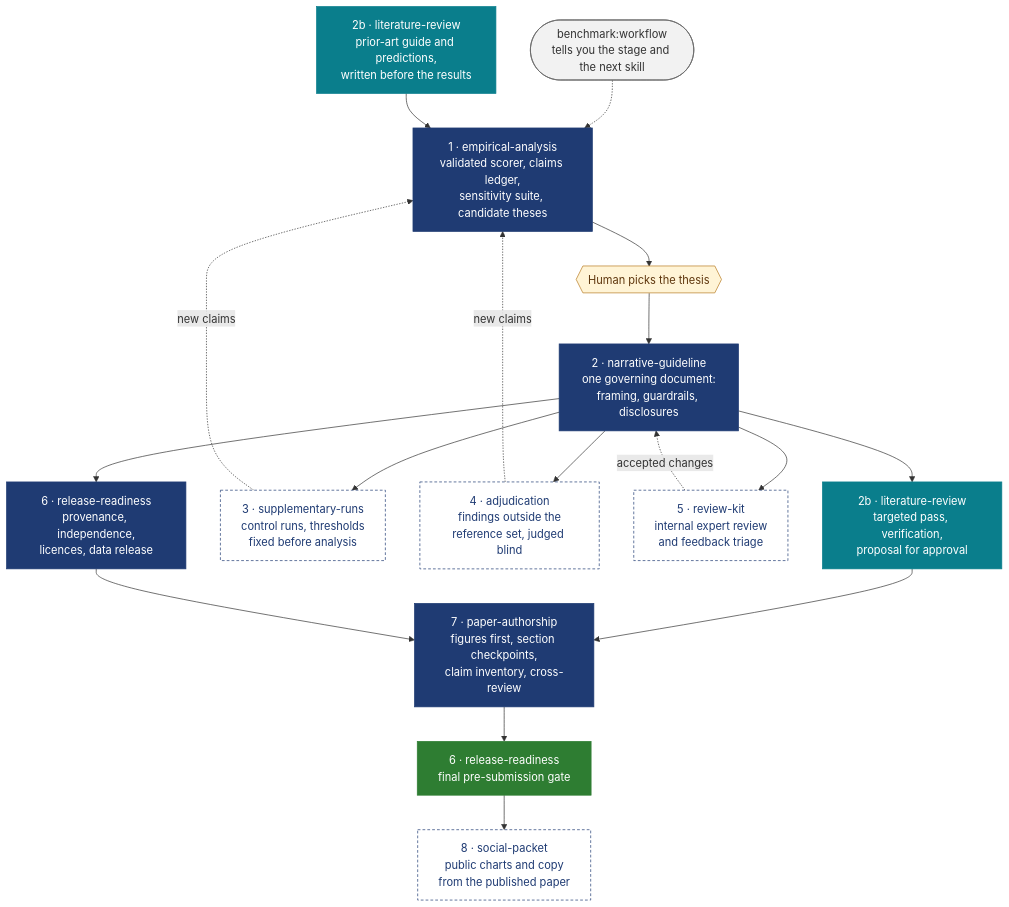
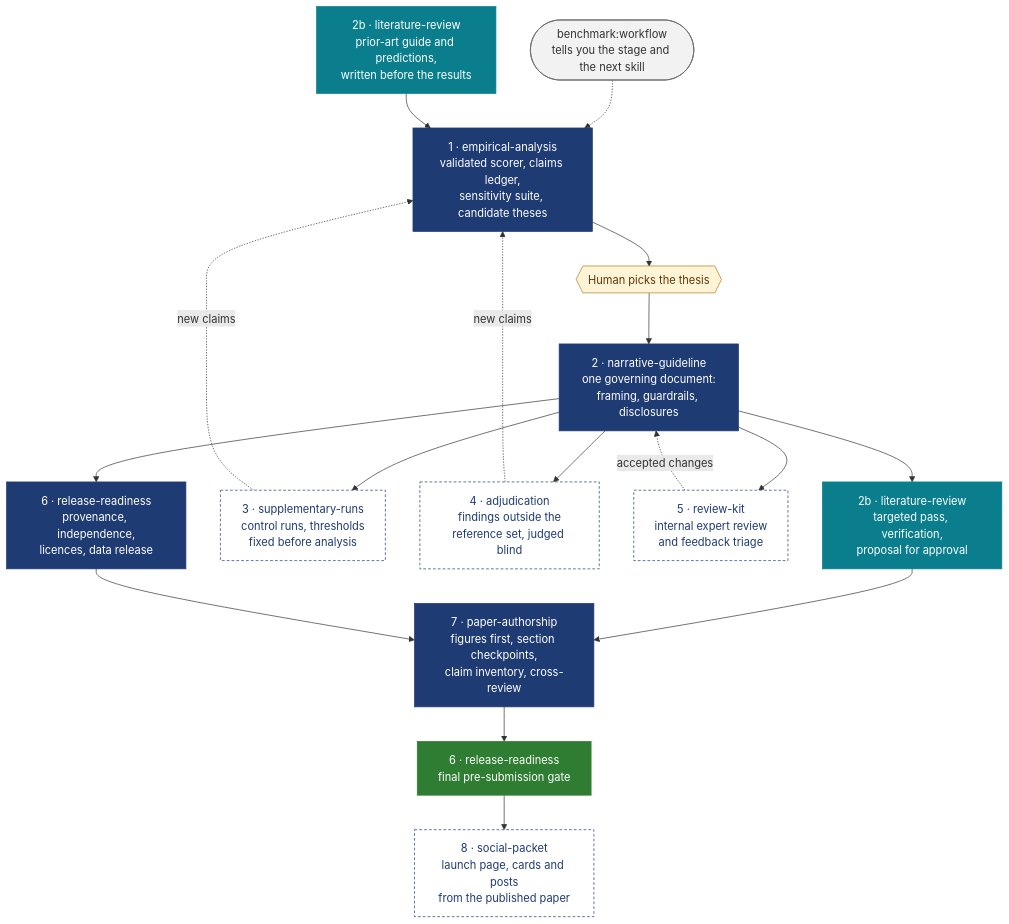
The diagram in README.md (snyk-labs/forward-research-skills), drawn with Mermaid before and after one commit. The commit also changed other lines of this file and 12 other files, not shown here.

First line of the commit message:
benchmark plugin v0.7.0: social-packet becomes a full launch-material skill

````diff
--- a/README.md
+++ b/README.md
@@ -36,37 +36,37 @@
 ```mermaid
 flowchart TD
     R(["benchmark:workflow<br/>tells you the stage and the next skill"]):::router
 
     LIT0["2b · literature-review<br/>prior-art guide and predictions,<br/>written before the results"]:::lit
     A["1 · empirical-analysis<br/>validated scorer, claims ledger,<br/>sensitivity suite, candidate theses"]:::core
     H1{{"Human picks the thesis"}}:::human
     N["2 · narrative-guideline<br/>one governing document:<br/>framing, guardrails, disclosures"]:::core
 
     LIT["2b · literature-review<br/>targeted pass, verification,<br/>proposal for approval"]:::lit
     S["3 · supplementary-runs<br/>control runs, thresholds<br/>fixed before analysis"]:::opt
     J["4 · adjudication<br/>findings outside the<br/>reference set, judged blind"]:::opt
     K["5 · review-kit<br/>internal expert review<br/>and feedback triage"]:::opt
 
     REL["6 · release-readiness<br/>provenance, independence,<br/>licences, data release"]:::core
     P["7 · paper-authorship<br/>figures first, section checkpoints,<br/>claim inventory, cross-review"]:::core
     G["6 · release-readiness<br/>final pre-submission gate"]:::gate
-    X["8 · social-packet<br/>public charts and copy<br/>from the published paper"]:::opt
+    X["8 · social-packet<br/>launch page, cards and posts<br/>from the published paper"]:::opt
 
     R -.-> A
     LIT0 --> A
     A --> H1 --> N
     N --> LIT & S & J & K & REL
     S -. new claims .-> A
     J -. new claims .-> A
     LIT --> P
     REL --> P
     K -. accepted changes .-> N
     P --> G --> X
 
     classDef core fill:#1f3b73,stroke:#1f3b73,color:#ffffff
     classDef lit fill:#0a7e8c,stroke:#0a7e8c,color:#ffffff
     classDef opt fill:#ffffff,stroke:#1f3b73,color:#1f3b73,stroke-dasharray:4 3
     classDef gate fill:#2e7d32,stroke:#2e7d32,color:#ffffff
     classDef human fill:#fff4d6,stroke:#b7791f,color:#5f370e
     classDef router fill:#f2f2f2,stroke:#666666,color:#333333
 ```
````
